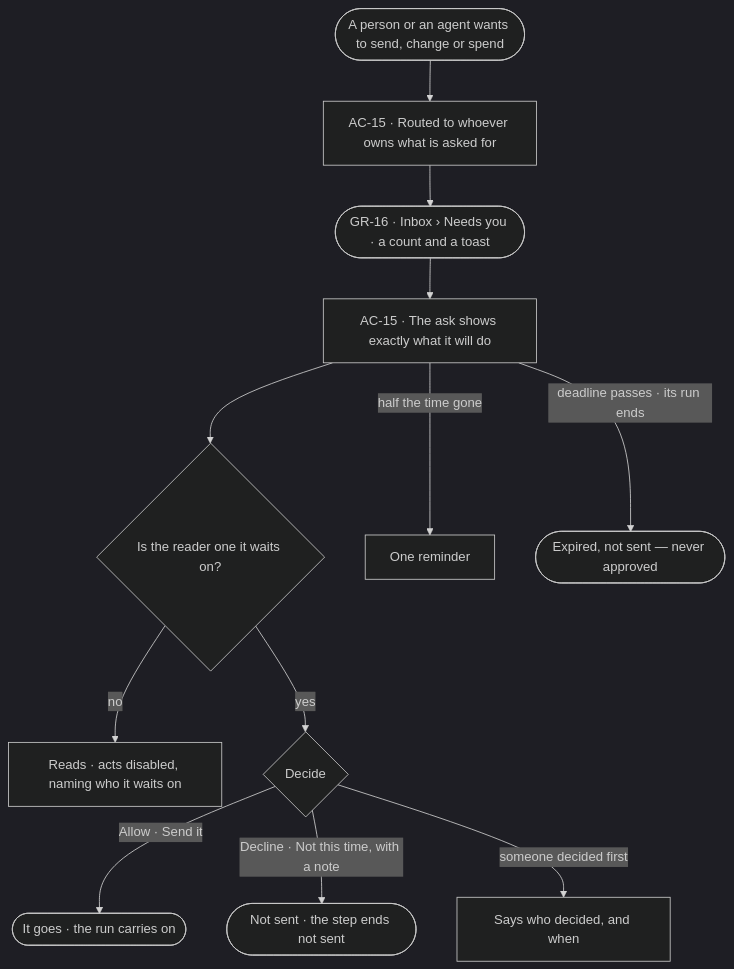
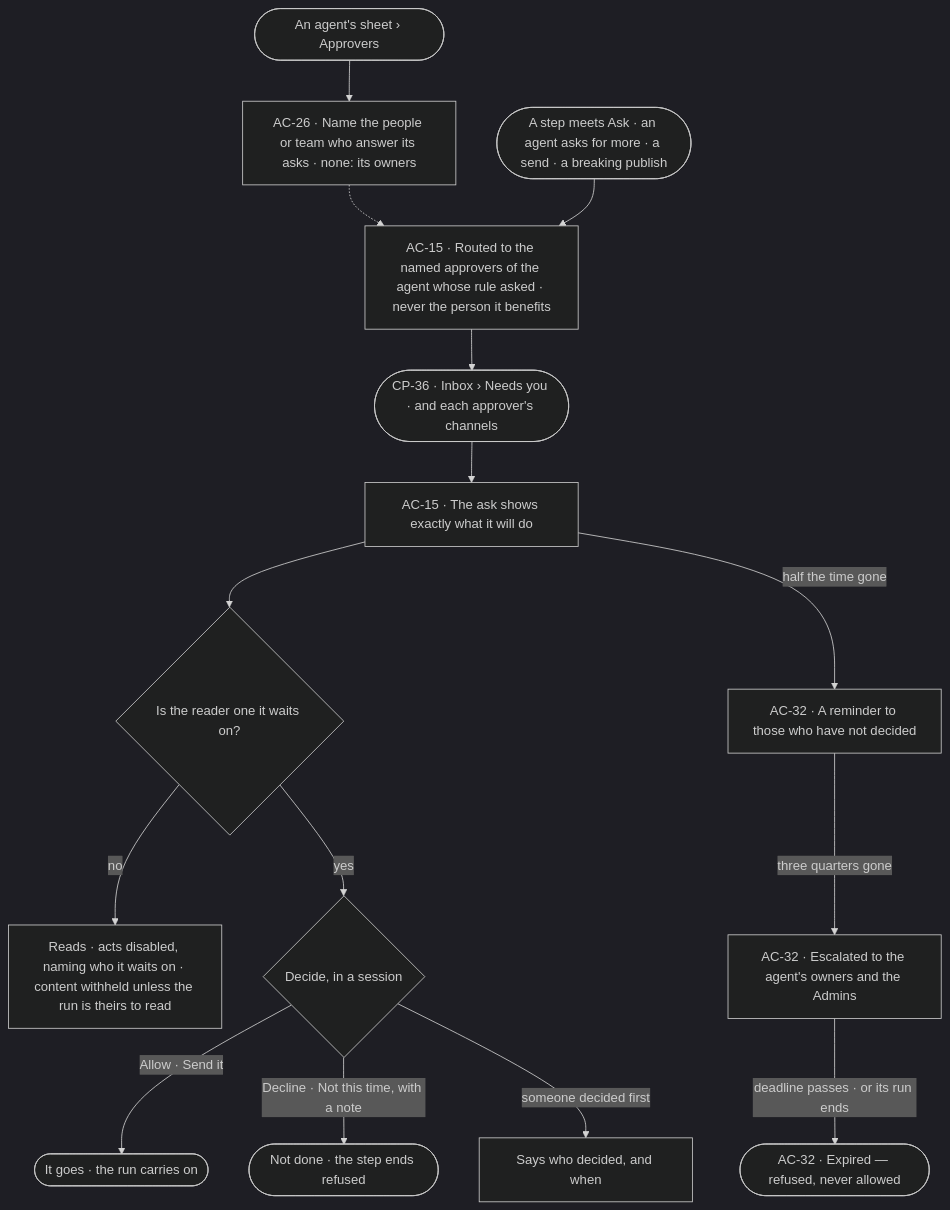
One commit to invana/invana changed the first of 2 diagrams in specs/os/access/features/AC-F05-asks-and-approvals/feature.md. Above: the diagram before and after it, drawn with Mermaid (dark theme). The commit also changed other lines of this file and 522 other files, not shown here.

````diff
--- a/specs/os/access/features/AC-F05-asks-and-approvals/feature.md
+++ b/specs/os/access/features/AC-F05-asks-and-approvals/feature.md
@@ -23,14 +25,17 @@
 ```mermaid
 flowchart TD
-  ev([A person or an agent wants to send, change or spend]) --> route["AC-15 · Routed to whoever owns what is asked for"]
-  route --> inbox(["GR-16 · Inbox › Needs you · a count and a toast"])
+  sheet([An agent's sheet › Approvers]) --> named["AC-26 · Name the people or team who answer its asks · none: its owners"]
+  named -.-> route
+  ev([A step meets Ask · an agent asks for more · a send · a breaking publish]) --> route["AC-15 · Routed to the named approvers of the agent whose rule asked · never the person it benefits"]
+  route --> inbox(["CP-36 · Inbox › Needs you · and each approver's channels"])
   inbox --> ask["AC-15 · The ask shows exactly what it will do"]
   ask --> who{"Is the reader one it waits on?"}
-  who -->|no| ro["Reads · acts disabled, naming who it waits on"]
-  who -->|yes| dec{"Decide"}
+  who -->|no| ro["Reads · acts disabled, naming who it waits on · content withheld unless the run is theirs to read"]
+  who -->|yes| dec{"Decide, in a session"}
   dec -->|Allow · Send it| go(["It goes · the run carries on"])
-  dec -->|Decline · Not this time, with a note| no(["Not sent · the step ends not sent"])
+  dec -->|Decline · Not this time, with a note| no(["Not done · the step ends refused"])
   dec -->|someone decided first| first["Says who decided, and when"]
-  ask -->|half the time gone| rem["One reminder"]
-  ask -->|deadline passes · its run ends| exp(["Expired, not sent — never approved"])
+  ask -->|half the time gone| rem["AC-32 · A reminder to those who have not decided"]
+  rem -->|three quarters gone| esc["AC-32 · Escalated to the agent's owners and the Admins"]
+  esc -->|deadline passes · or its run ends| exp(["AC-32 · Expired — refused, never allowed"])
 ```
````
